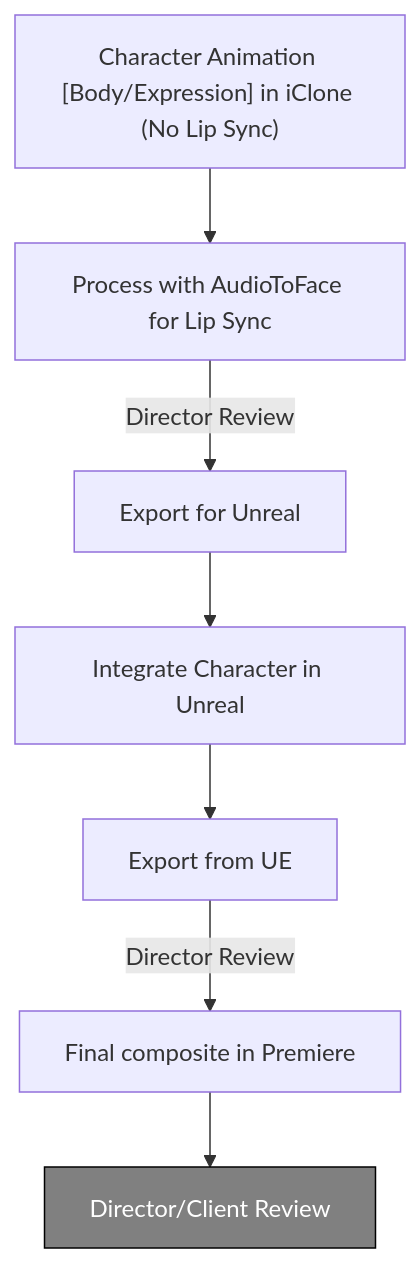
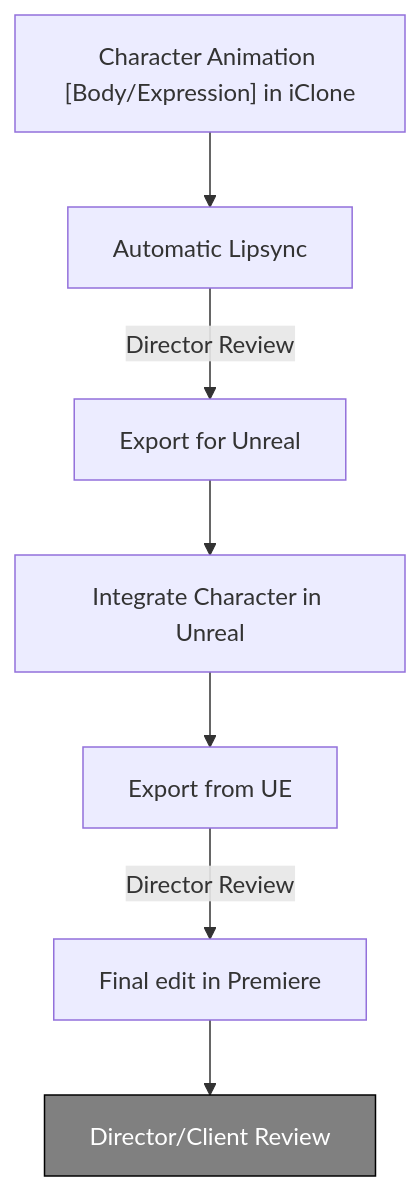
Before and after one commit to diamond-one/hybrid-AI-animated-shorts-pipeline: the diagram in Audio2Face-lipsync-workflow.md, drawn with Mermaid. The commit also changed other lines of this file and 2 other files, not shown here.

Commit message:
sketch flowchart

````diff
--- a/Audio2Face-lipsync-workflow.md
+++ b/Audio2Face-lipsync-workflow.md
@@ -2,20 +2,20 @@
 ```mermaid
 flowchart TD
-    node1["Character Animation [Body/Expression] in iClone (No Lip Sync)"]
-    node2["Process with AudioToFace for Lip Sync"]
+    node1["Character Animation [Body/Expression] in iClone"]
+    node2["Automatic Lipsync"]
     node3["Export for Unreal"]
     node4["Integrate Character in Unreal"]
     node5["Export from UE"]
-    node6["Final composite in Premiere"]
+    node6["Final edit in Premiere"]
     node7["Director/Client Review"]
 
     node1 --> node2
     node2 --Director Review--> node3
     node3 --> node4
     node4 --> node5
     node5 --Director Review --> node6 
     node6 --> node7
     
     style node7 fill:#808080,stroke:#000000,color:#ffffff
 
 ```
````
